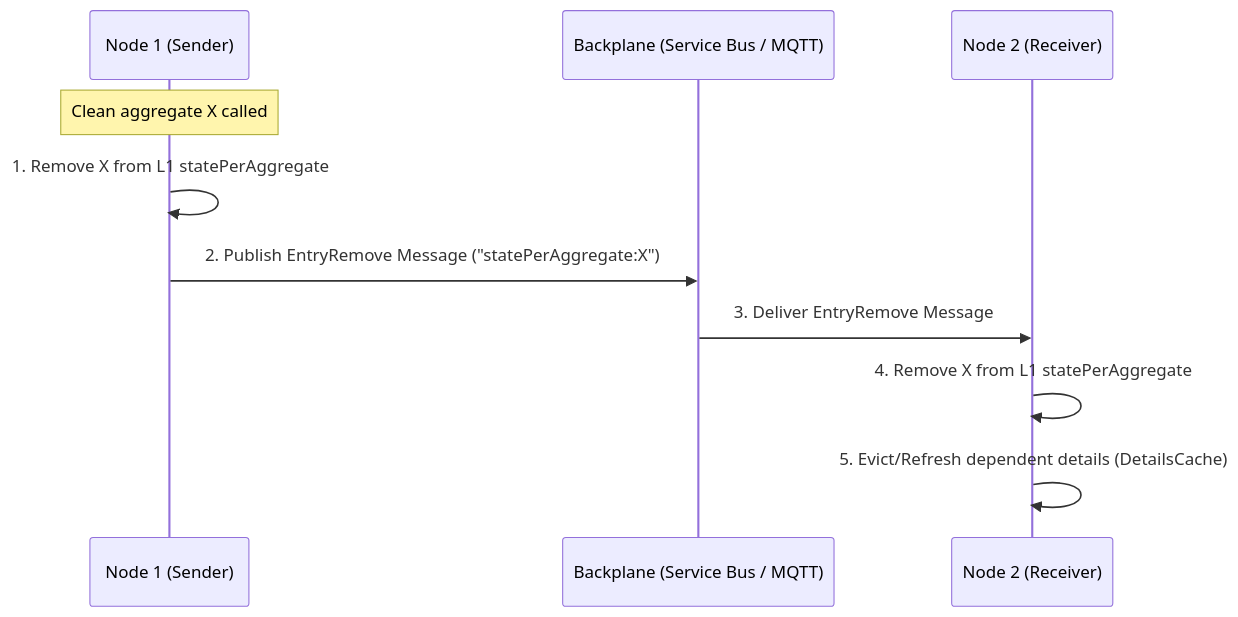
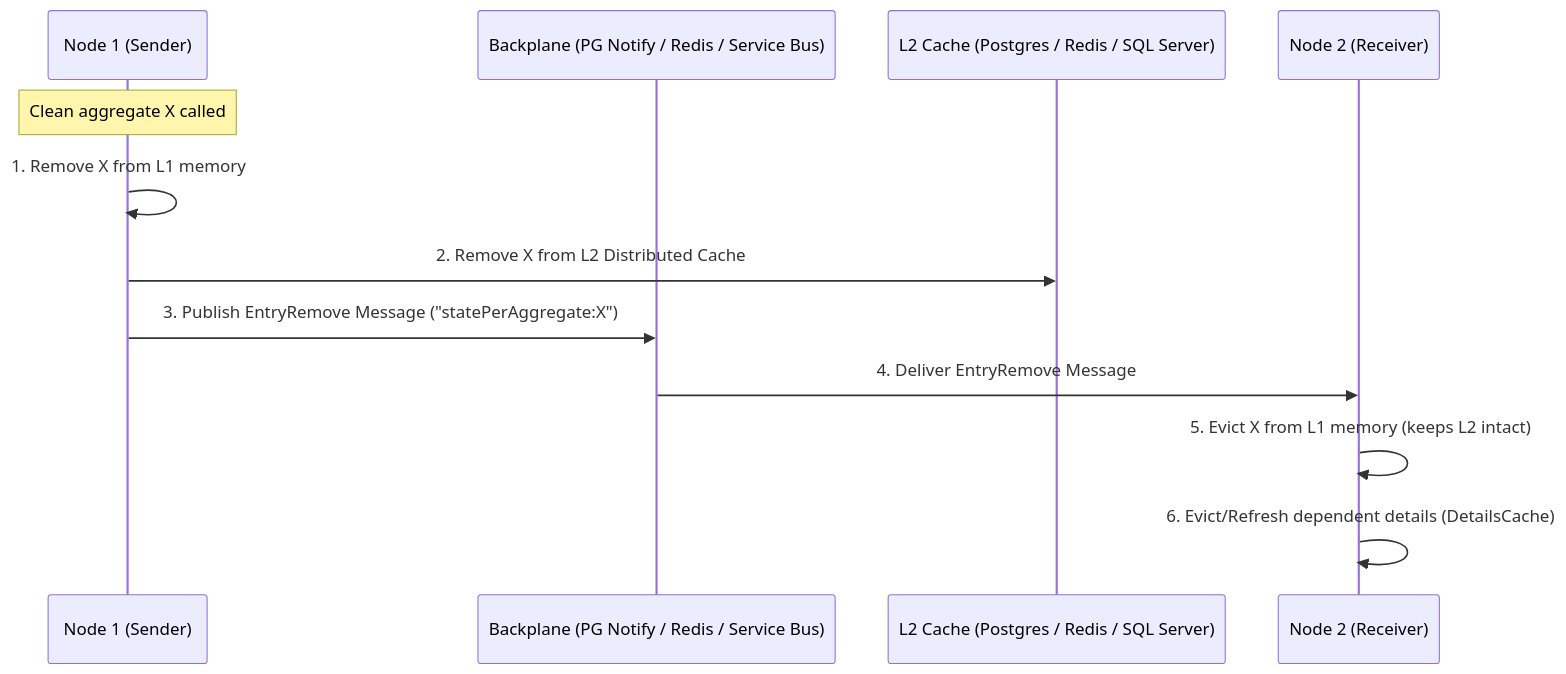
One commit to tonyx/Sharpino changed the first of 2 diagrams in docs/aggregate_caching_report.md. Above: the diagram before and after it, drawn with Mermaid. The commit also changed other lines of this file and 10 other files, not shown here.

````diff
--- a/docs/aggregate_caching_report.md
+++ b/docs/aggregate_caching_report.md
@@ -14,14 +14,16 @@
 ```mermaid
 sequenceDiagram
     participant Node1 as Node 1 (Sender)
-    participant BP as Backplane (Service Bus / MQTT)
+    participant BP as Backplane (PG Notify / Redis / Service Bus)
+    participant L2 as L2 Cache (Postgres / Redis / SQL Server)
     participant Node2 as Node 2 (Receiver)
     
     Note over Node1: Clean aggregate X called
-    Node1->>Node1: 1. Remove X from L1 statePerAggregate
-    Node1->>BP: 2. Publish EntryRemove Message ("statePerAggregate:X")
+    Node1->>Node1: 1. Remove X from L1 memory
+    Node1->>L2: 2. Remove X from L2 Distributed Cache
+    Node1->>BP: 3. Publish EntryRemove Message ("statePerAggregate:X")
     
-    BP->>Node2: 3. Deliver EntryRemove Message
-    Node2->>Node2: 4. Remove X from L1 statePerAggregate
-    Node2->>Node2: 5. Evict/Refresh dependent details (DetailsCache)
+    BP->>Node2: 4. Deliver EntryRemove Message
+    Node2->>Node2: 5. Evict X from L1 memory (keeps L2 intact)
+    Node2->>Node2: 6. Evict/Refresh dependent details (DetailsCache)
 ```
````
